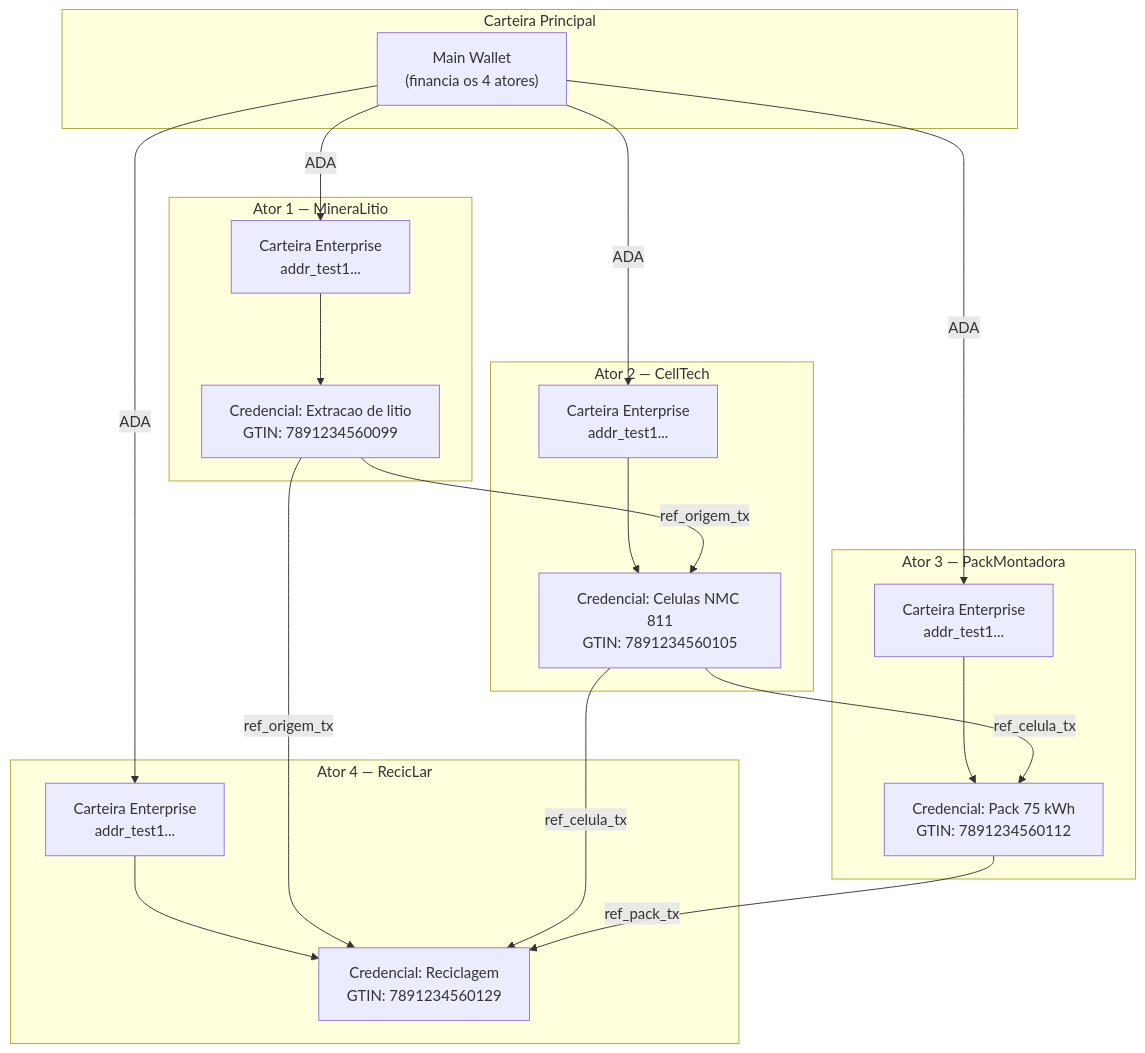
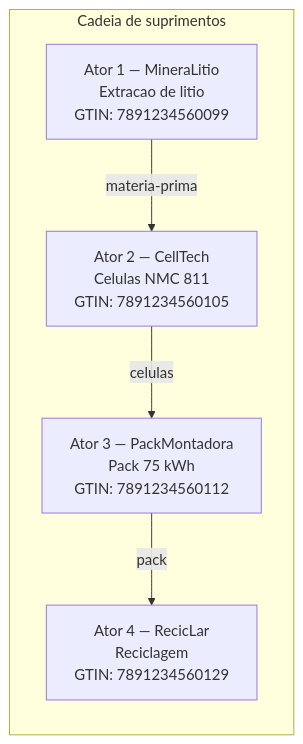
The first of 6 diagrams in arquitetura-dpp.md (darlisagc/cardano-dpp-passaport), drawn with Mermaid before and after one commit. The commit also changed other lines of this file, not shown here.

Commit message:
Simplify architecture diagram and update for dual-mode support
Redesign the supply chain mermaid diagram to use a clear left-to-right
linear flow instead of the cluttered top-bottom layout with crossing
arrows. Separate funding and reference details into text. Update
verifier diagram to show dual-path (Blockfrost + UVerify fallback).
Remove stale mao-na-massa.md reference and add issuer-direto.ts.

````diff
--- a/arquitetura-dpp.md
+++ b/arquitetura-dpp.md
@@ -25,42 +25,13 @@
 ```mermaid
-graph TB
-    subgraph "Carteira Principal"
-        MW["Main Wallet<br/>(financia os 4 atores)"]
+graph LR
+    subgraph "Cadeia de suprimentos"
+        C1["Ator 1 — MineraLitio<br/>Extracao de litio<br/>GTIN: 7891234560099"]
+        C2["Ator 2 — CellTech<br/>Celulas NMC 811<br/>GTIN: 7891234560105"]
+        C3["Ator 3 — PackMontadora<br/>Pack 75 kWh<br/>GTIN: 7891234560112"]
+        C4["Ator 4 — RecicLar<br/>Reciclagem<br/>GTIN: 7891234560129"]
     end
 
-    subgraph "Ator 1 — MineraLitio"
-        W1["Carteira Enterprise<br/>addr_test1..."]
-        C1["Credencial: Extracao de litio<br/>GTIN: 7891234560099"]
-    end
-
-    subgraph "Ator 2 — CellTech"
-        W2["Carteira Enterprise<br/>addr_test1..."]
-        C2["Credencial: Celulas NMC 811<br/>GTIN: 7891234560105"]
-    end
-
-    subgraph "Ator 3 — PackMontadora"
-        W3["Carteira Enterprise<br/>addr_test1..."]
-        C3["Credencial: Pack 75 kWh<br/>GTIN: 7891234560112"]
-    end
-
-    subgraph "Ator 4 — RecicLar"
-        W4["Carteira Enterprise<br/>addr_test1..."]
-        C4["Credencial: Reciclagem<br/>GTIN: 7891234560129"]
-    end
-
-    MW -->|"ADA"| W1
-    MW -->|"ADA"| W2
-    MW -->|"ADA"| W3
-    MW -->|"ADA"| W4
-
-    W1 --> C1
-    W2 --> C2
-    W3 --> C3
-    W4 --> C4
-
-    C1 -->|"ref_origem_tx"| C2
-    C2 -->|"ref_celula_tx"| C3
-    C1 -->|"ref_origem_tx"| C4
-    C2 -->|"ref_celula_tx"| C4
-    C3 -->|"ref_pack_tx"| C4
+    C1 -->|"materia-prima"| C2
+    C2 -->|"celulas"| C3
+    C3 -->|"pack"| C4
 ```
````
